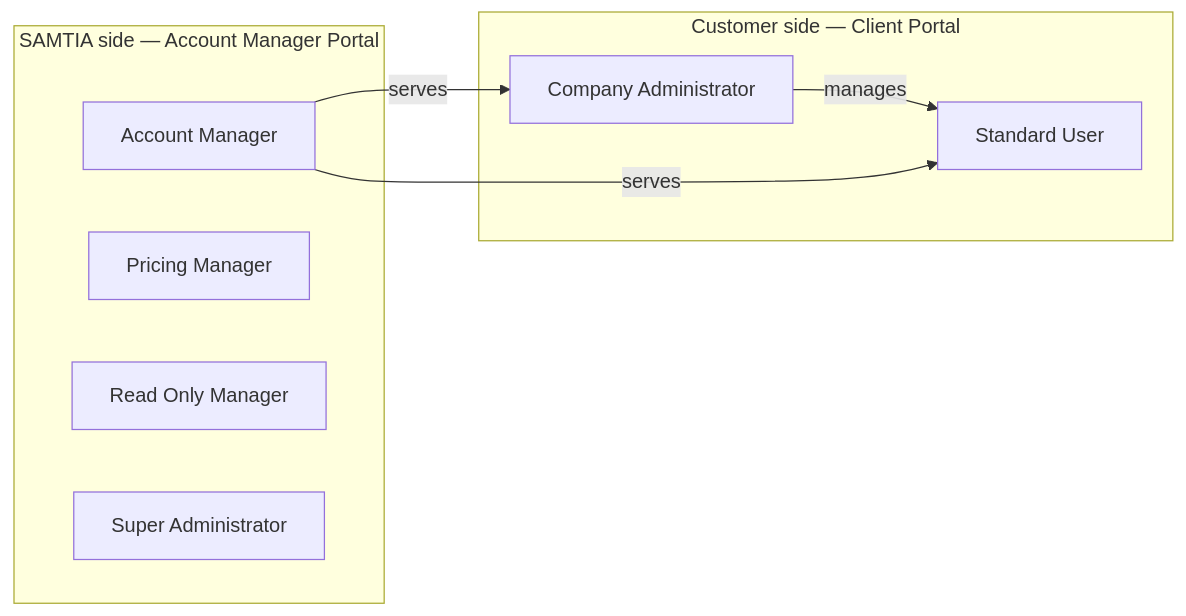
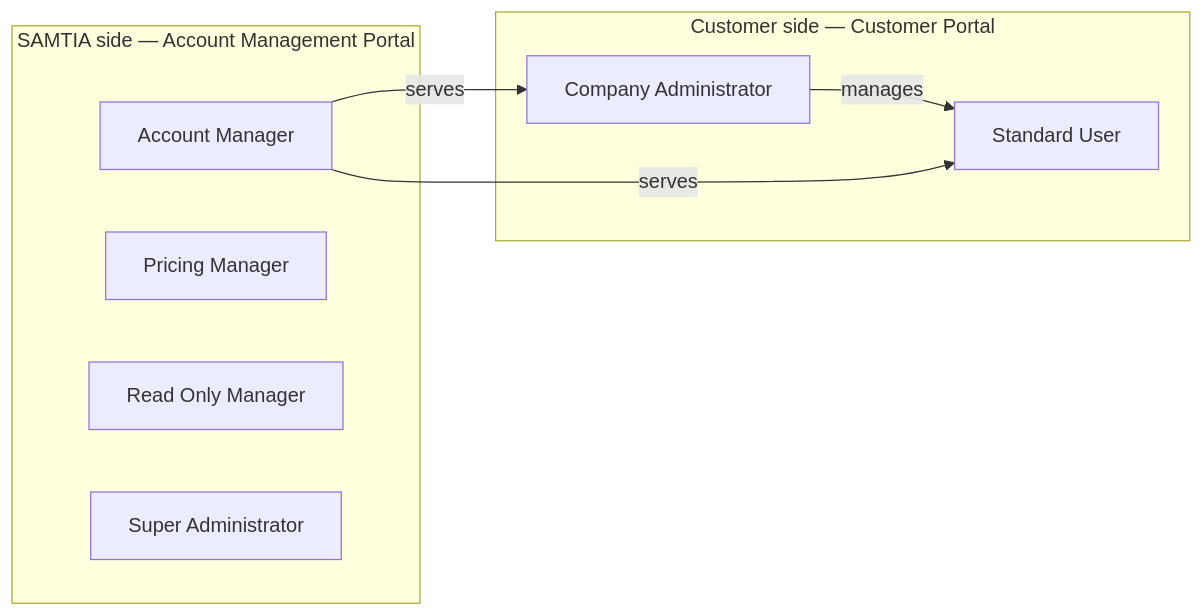
Before and after one commit to LaplaceSoftware/lp_projects_docs: the first of 2 diagrams in docs/b2b_ecommerce_docs/_user_guide/002-User-Roles-and-Permissions.md, drawn with Mermaid. The commit also changed other lines of this file and 48 other files, not shown here.

````diff
--- a/docs/b2b_ecommerce_docs/_user_guide/002-User-Roles-and-Permissions.md
+++ b/docs/b2b_ecommerce_docs/_user_guide/002-User-Roles-and-Permissions.md
@@ -5,16 +5,16 @@
 ```mermaid
 flowchart LR
-    subgraph CUST["Customer side — Client Portal"]
+    subgraph CUST["Customer side — Customer Portal"]
         CA["Company Administrator"]
         CU["Standard User"]
     end
-    subgraph SAM["SAMTIA side — Account Manager Portal"]
+    subgraph SAM["SAMTIA side — Account Management Portal"]
         AM["Account Manager"]
         PR["Pricing Manager"]
         RO["Read Only Manager"]
         SA["Super Administrator"]
     end
     CA -->|"manages"| CU
     AM -->|"serves"| CA
     AM -->|"serves"| CU
 ```
````
